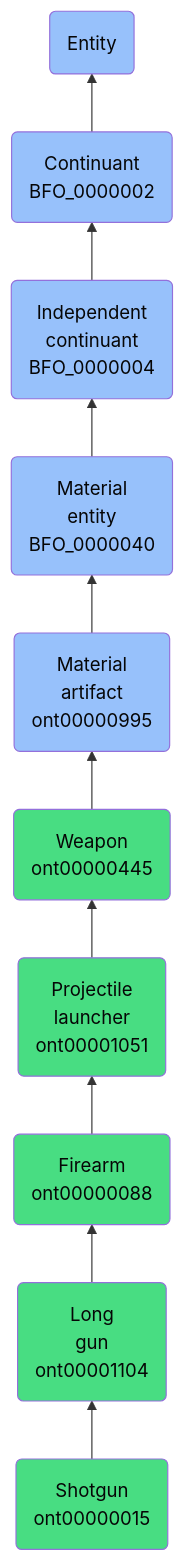
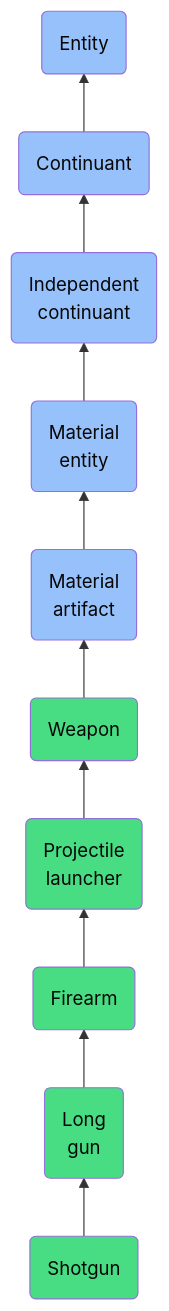
Before and after one commit to jupyter-naas/abi: the diagram in docs/ontology/reference/model/Entity/Continuant/Independent continuant/Material entity/Material artifact/Weapon/Projectile launcher/Firearm/Long gun/Shotgun/Shotgun.md, drawn with Mermaid. The commit also changed other lines of this file and 1430 other files, not shown here.

````diff
--- a/docs/ontology/reference/model/Entity/Continuant/Independent continuant/Material entity/Material artifact/Weapon/Projectile launcher/Firearm/Long gun/Shotgun/Shotgun.md
+++ b/docs/ontology/reference/model/Entity/Continuant/Independent continuant/Material entity/Material artifact/Weapon/Projectile launcher/Firearm/Long gun/Shotgun/Shotgun.md
@@ -24,17 +24,17 @@
 ```mermaid
 graph BT
-    ont00000015(Shotgun<br>ont00000015):::ABI-->ont00001104
-    ont00001104(Long<br>gun<br>ont00001104):::ABI-->ont00000088
-    ont00000088(Firearm<br>ont00000088):::ABI-->ont00001051
-    ont00001051(Projectile<br>launcher<br>ont00001051):::ABI-->ont00000445
-    ont00000445(Weapon<br>ont00000445):::ABI-->ont00000995
-    ont00000995(Material<br>artifact<br>ont00000995):::BFO-->BFO_0000040
-    BFO_0000040(Material<br>entity<br>BFO_0000040):::BFO-->BFO_0000004
-    BFO_0000004(Independent<br>continuant<br>BFO_0000004):::BFO-->BFO_0000002
-    BFO_0000002(Continuant<br>BFO_0000002):::BFO-->BFO_0000001
+    ont00000015(Shotgun):::ABI-->ont00001104
+    ont00001104(Long<br>gun):::ABI-->ont00000088
+    ont00000088(Firearm):::ABI-->ont00001051
+    ont00001051(Projectile<br>launcher):::ABI-->ont00000445
+    ont00000445(Weapon):::ABI-->ont00000995
+    ont00000995(Material<br>artifact):::BFO-->BFO_0000040
+    BFO_0000040(Material<br>entity):::BFO-->BFO_0000004
+    BFO_0000004(Independent<br>continuant):::BFO-->BFO_0000002
+    BFO_0000002(Continuant):::BFO-->BFO_0000001
     BFO_0000001(Entity):::BFO
     
     classDef BFO fill:#97c1fb,color:#060606
     classDef CCO fill:#e4c51e,color:#060606
     classDef ABI fill:#48DD82,color:#060606
 ```
````
